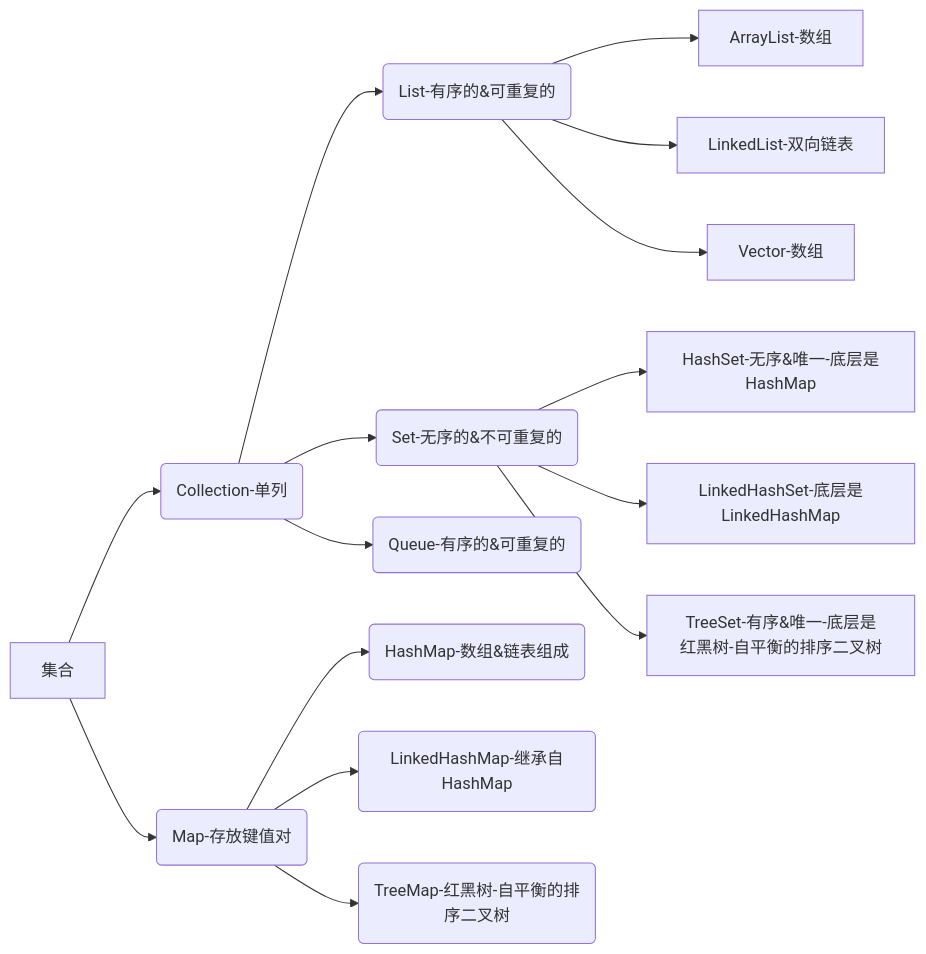
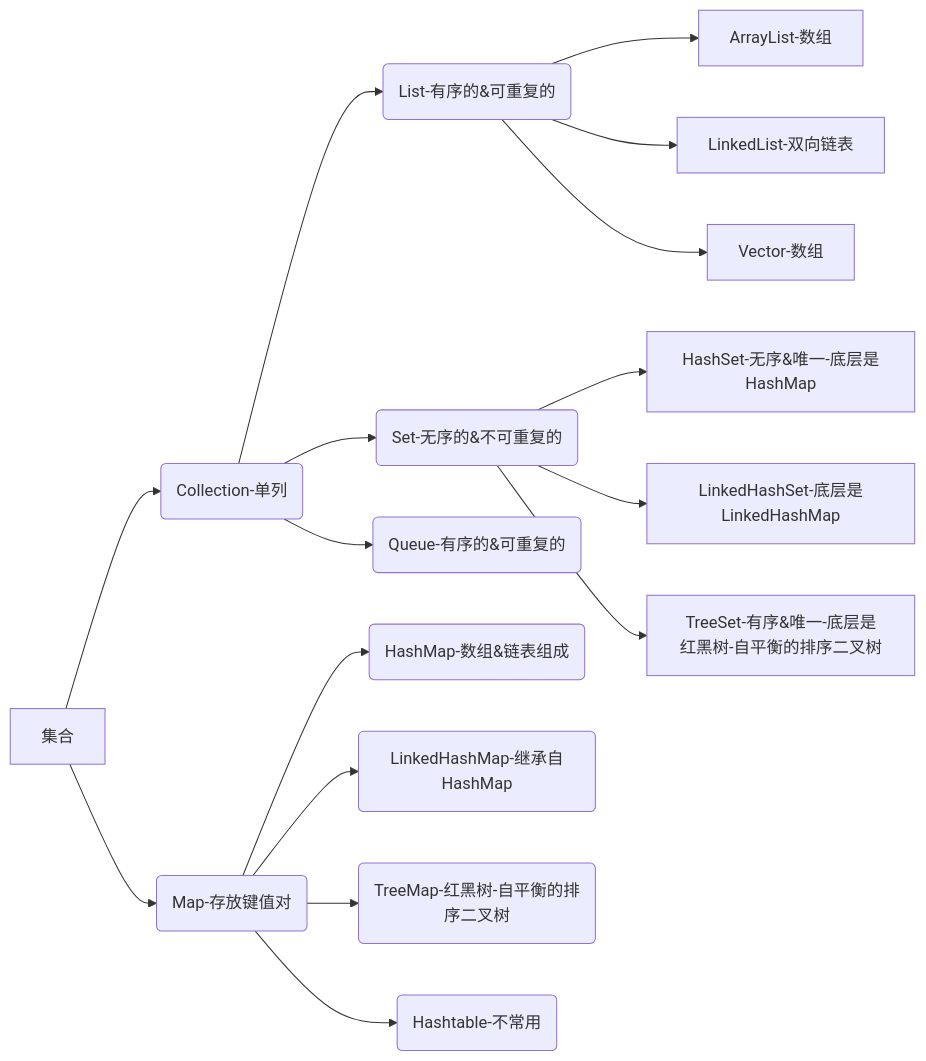
The third of 3 diagrams in _posts/2023-02-12-Java中级.md (Wh0ami-hy/Wh0ami-hy.github.io), drawn with Mermaid before and after one commit. The commit also changed other lines of this file, not shown here.

````diff
--- a/_posts/2023-02-12-Java中级.md
+++ b/_posts/2023-02-12-Java中级.md
@@ -1070,17 +1070,18 @@
 ```mermaid
 graph LR
 集合--> A(Collection-单列)
 A-->a(List-有序的&可重复的)
 A-->c(Set-无序的&不可重复的)
 A-->b(Queue-有序的&可重复的)
 a-->ArrayList-数组
 a-->LinkedList-双向链表
 a-->Vector-数组
 c-->HashSet-无序&唯一-底层是HashMap
 c-->LinkedHashSet-底层是LinkedHashMap
 c-->TreeSet-有序&唯一-底层是红黑树-自平衡的排序二叉树
 集合--> B(Map-存放键值对)
 B-->B.a(HashMap-数组&链表组成)
 B-->B.b(LinkedHashMap-继承自HashMap)
 B-->B.c(TreeMap-红黑树-自平衡的排序二叉树)
+B-->B.d(Hashtable-不常用)
 ```
````
